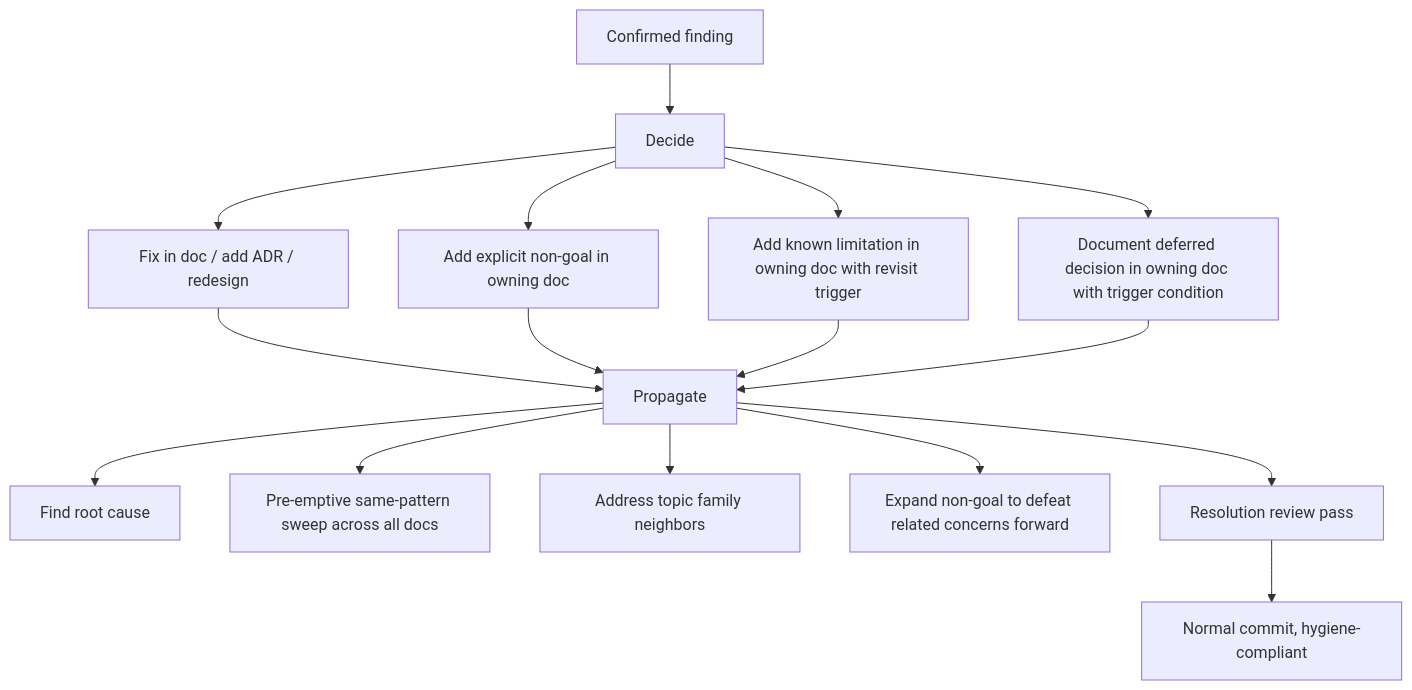
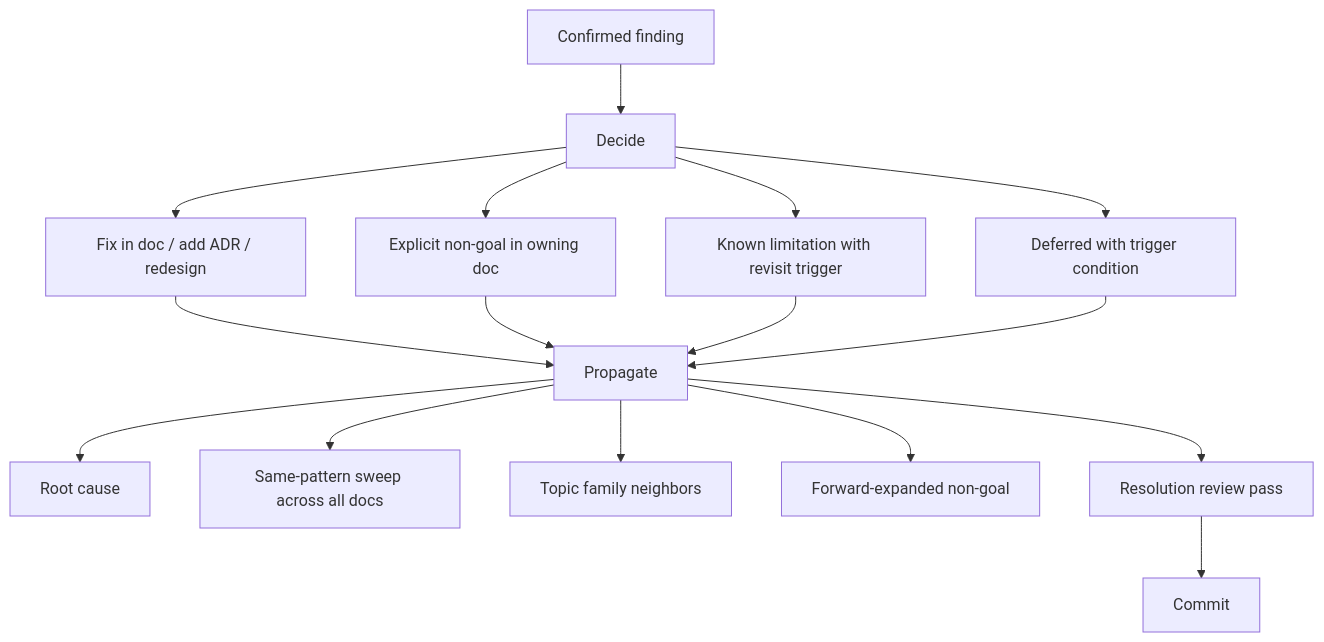
Before and after one commit to 1qh/lens: the diagram in procedure/action-discipline.md, drawn with Mermaid. The commit also changed other lines of this file and 14 other files, not shown here.

````diff
--- a/procedure/action-discipline.md
+++ b/procedure/action-discipline.md
@@ -5,18 +5,18 @@
 ```mermaid
 flowchart TD
     Finding[Confirmed finding] --> Decide
     Decide --> Fix[Fix in doc / add ADR / redesign]
-    Decide --> NonGoal[Add explicit non-goal in owning doc]
-    Decide --> Limitation[Add known limitation in owning doc with revisit trigger]
-    Decide --> Deferred[Document deferred decision in owning doc with trigger condition]
+    Decide --> NonGoal[Explicit non-goal in owning doc]
+    Decide --> Limitation[Known limitation with revisit trigger]
+    Decide --> Deferred[Deferred with trigger condition]
     Fix --> Propagate
     NonGoal --> Propagate
     Limitation --> Propagate
     Deferred --> Propagate
-    Propagate --> Root[Find root cause]
-    Propagate --> Sweep[Pre-emptive same-pattern sweep across all docs]
-    Propagate --> Family[Address topic family neighbors]
-    Propagate --> Forward[Expand non-goal to defeat related concerns forward]
+    Propagate --> Root[Root cause]
+    Propagate --> Sweep[Same-pattern sweep across all docs]
+    Propagate --> Family[Topic family neighbors]
+    Propagate --> Forward[Forward-expanded non-goal]
     Propagate --> Review[Resolution review pass]
-    Review --> Commit[Normal commit, hygiene-compliant]
+    Review --> Commit
 ```
````
